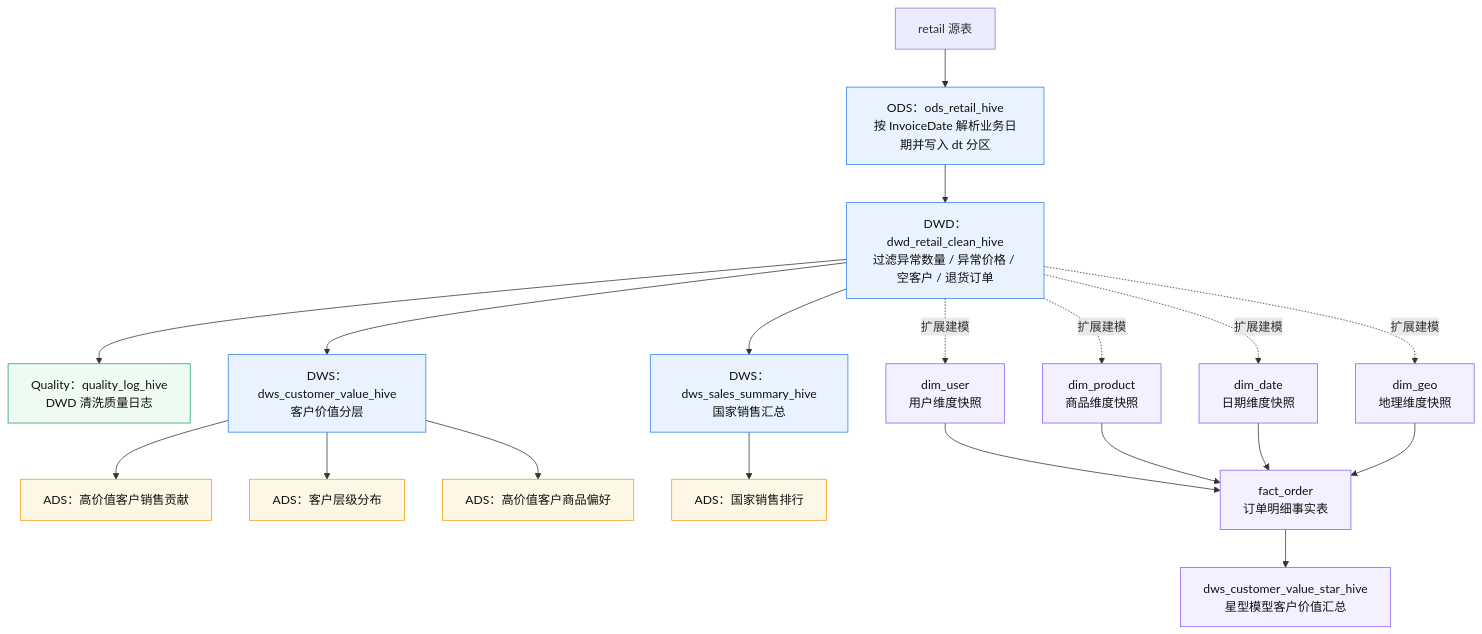
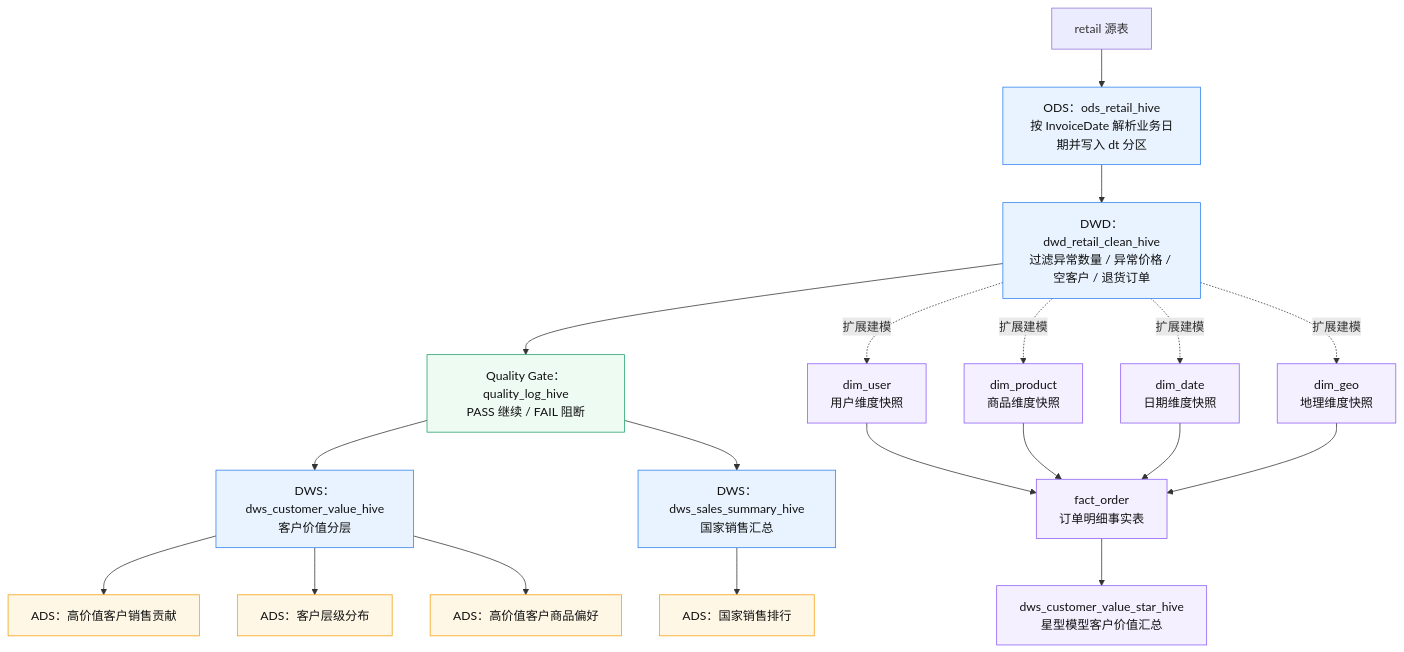
The second of 2 diagrams in README.md (2026heita/retail_project), drawn with Mermaid before and after one commit. The commit also changed other lines of this file and 30 other files, not shown here.

````diff
--- a/README.md
+++ b/README.md
@@ -43,33 +43,33 @@
 ```mermaid
 flowchart TB
     S["retail 源表"] --> ODS["ODS：ods_retail_hive<br/>按 InvoiceDate 解析业务日期并写入 dt 分区"]
     ODS --> DWD["DWD：dwd_retail_clean_hive<br/>过滤异常数量 / 异常价格 / 空客户 / 退货订单"]
 
-    DWD --> QL["Quality：quality_log_hive<br/>DWD 清洗质量日志"]
-    DWD --> DWS1["DWS：dws_customer_value_hive<br/>客户价值分层"]
-    DWD --> DWS2["DWS：dws_sales_summary_hive<br/>国家销售汇总"]
+    DWD --> QL["Quality Gate：quality_log_hive<br/>PASS 继续 / FAIL 阻断"]
+    QL --> DWS1["DWS：dws_customer_value_hive<br/>客户价值分层"]
+    QL --> DWS2["DWS：dws_sales_summary_hive<br/>国家销售汇总"]
 
     DWS1 --> ADS1["ADS：高价值客户销售贡献"]
     DWS1 --> ADS2["ADS：客户层级分布"]
     DWS1 --> ADS4["ADS：高价值客户商品偏好"]
     DWS2 --> ADS3["ADS：国家销售排行"]
 
     DWD -. 扩展建模 .-> U["dim_user<br/>用户维度快照"]
     DWD -. 扩展建模 .-> P["dim_product<br/>商品维度快照"]
     DWD -. 扩展建模 .-> T["dim_date<br/>日期维度快照"]
     DWD -. 扩展建模 .-> G["dim_geo<br/>地理维度快照"]
     U --> FO["fact_order<br/>订单明细事实表"]
     P --> FO
     T --> FO
     G --> FO
     FO --> STAR["dws_customer_value_star_hive<br/>星型模型客户价值汇总"]
 
     classDef layer fill:#e8f3ff,stroke:#2f80ed,stroke-width:1px,color:#111;
     classDef ads fill:#fff7e6,stroke:#f59e0b,stroke-width:1px,color:#111;
     classDef star fill:#f4f0ff,stroke:#8b5cf6,stroke-width:1px,color:#111;
     classDef check fill:#eefbf3,stroke:#22a06b,stroke-width:1px,color:#111;
     class ODS,DWD,DWS1,DWS2 layer;
     class QL check;
     class ADS1,ADS2,ADS3,ADS4 ads;
     class U,P,T,G,FO,STAR star;
 ```
````
